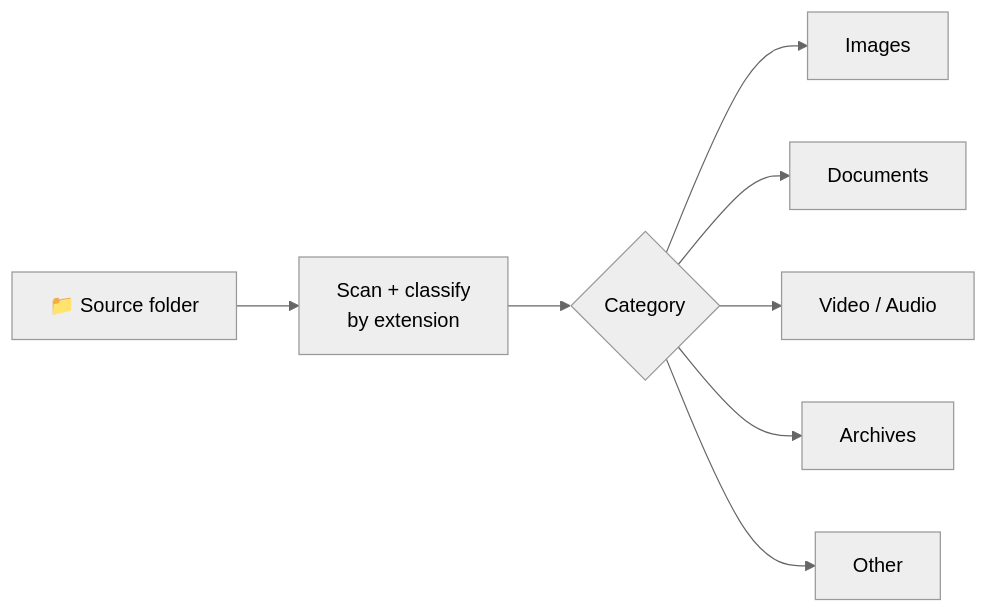
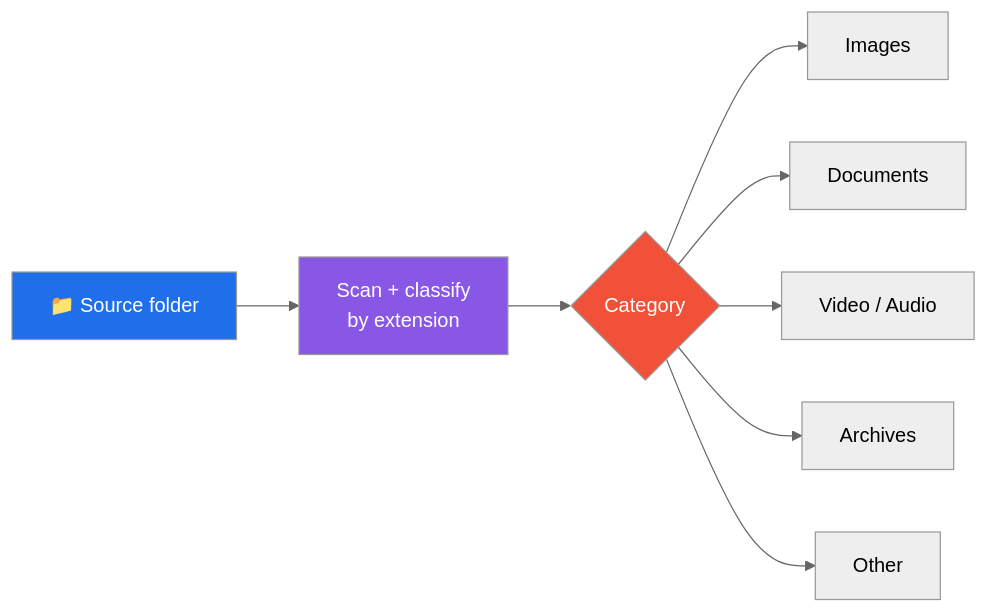
The second of 4 diagrams in README.md (vivekreddy/vivekreddy), drawn with Mermaid (neutral theme) before and after one commit. The commit also changed other lines of this file and 1 other file, not shown here.

````diff
--- a/README.md
+++ b/README.md
@@ -102,10 +147,14 @@
 ```mermaid
 flowchart LR
     SRC["📁 Source folder"] --> SCAN["Scan + classify<br/>by extension"]
     SCAN --> C{"Category"}
     C --> IMG["Images"]
     C --> DOC["Documents"]
     C --> VID["Video / Audio"]
     C --> ARC["Archives"]
     C --> OTH["Other"]
+
+    style SRC fill:#1f6feb,color:#fff
+    style SCAN fill:#8957e5,color:#fff
+    style C fill:#f05138,color:#fff
 ```
````
